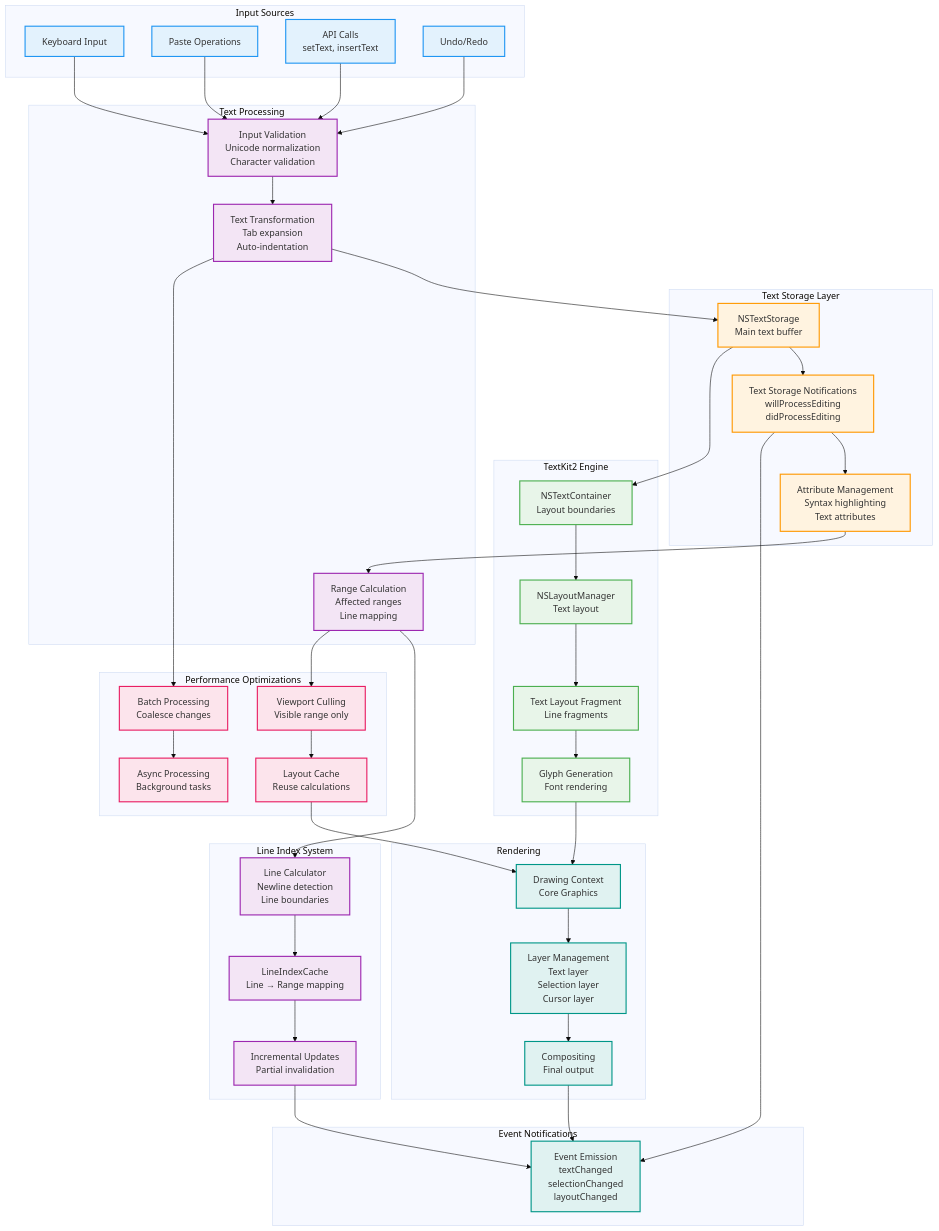
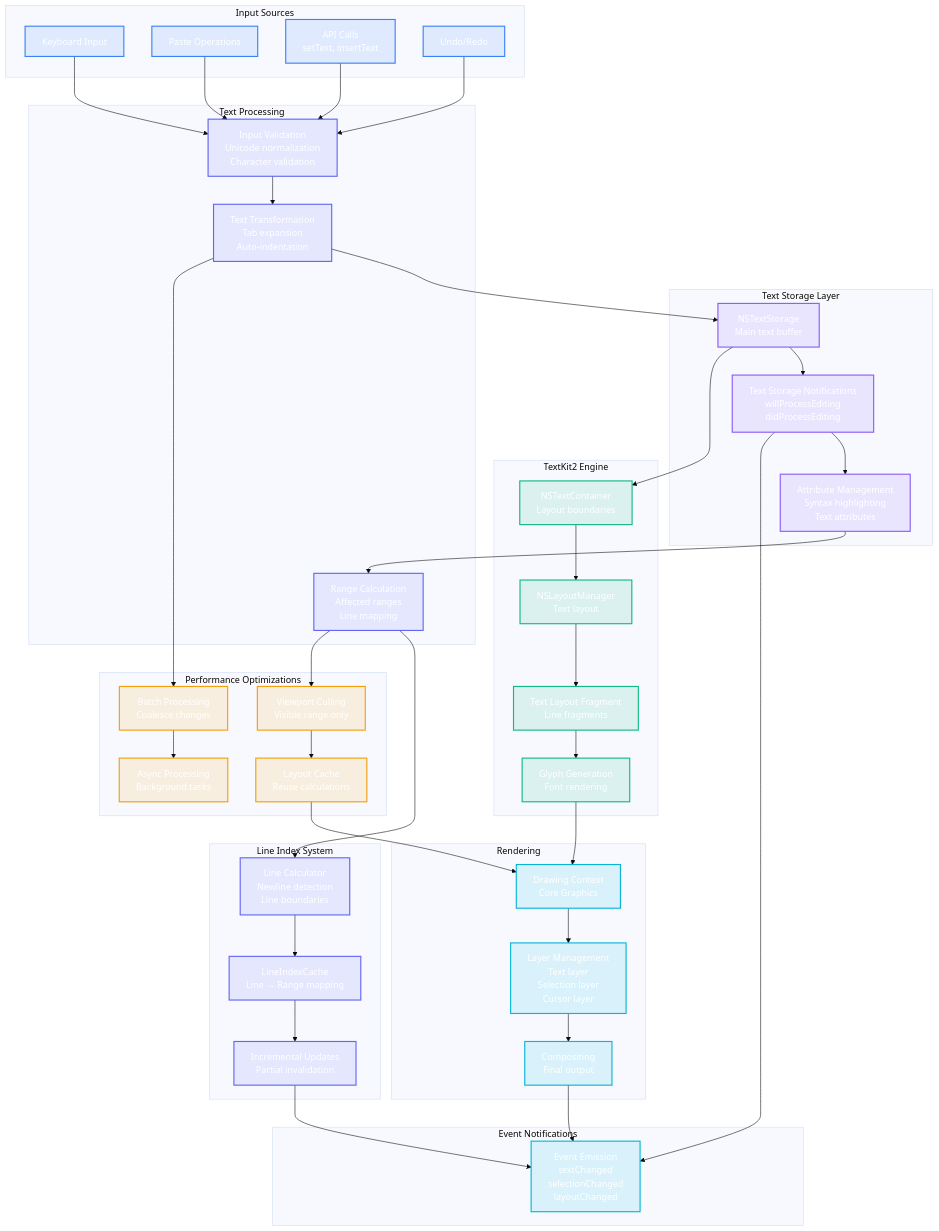
One commit to ajmcclary/CodeEditorKit changed the diagram in Diagrams/09-text-processing-pipeline.md. Above: the diagram before and after it, drawn with Mermaid (base theme). The commit also changed 9 other files, not shown here.

Commit message:
refactor: Update diagrams for dark mode compatibility with new color schemes

```diff
--- a/Diagrams/09-text-processing-pipeline.md
+++ b/Diagrams/09-text-processing-pipeline.md
@@ -104,13 +104,13 @@
     LIUPD --> EVENTS
     COMP --> EVENTS
 
-    %% Styling
-    classDef input fill:#e3f2fd,stroke:#2196f3,stroke-width:2px
-    classDef storage fill:#fff3e0,stroke:#ff9800,stroke-width:2px
-    classDef textkit fill:#e8f5e9,stroke:#4caf50,stroke-width:2px
-    classDef process fill:#f3e5f5,stroke:#9c27b0,stroke-width:2px
-    classDef perf fill:#fce4ec,stroke:#e91e63,stroke-width:2px
-    classDef render fill:#e0f2f1,stroke:#009688,stroke-width:2px
+    %% Styling - Dark mode friendly colors
+    classDef input fill:#3b82f620,stroke:#3b82f6,stroke-width:2px,color:#fff
+    classDef storage fill:#8b5cf620,stroke:#8b5cf6,stroke-width:2px,color:#fff
+    classDef textkit fill:#10b98120,stroke:#10b981,stroke-width:2px,color:#fff
+    classDef process fill:#6366f120,stroke:#6366f1,stroke-width:2px,color:#fff
+    classDef perf fill:#f59e0b20,stroke:#f59e0b,stroke-width:2px,color:#fff
+    classDef render fill:#06b6d420,stroke:#06b6d4,stroke-width:2px,color:#fff
     
     class KEYBOARD,PASTE,API,UNDO input
     class TS,TSN,ATTR storage
```
